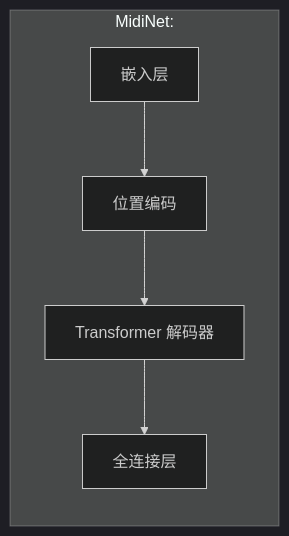
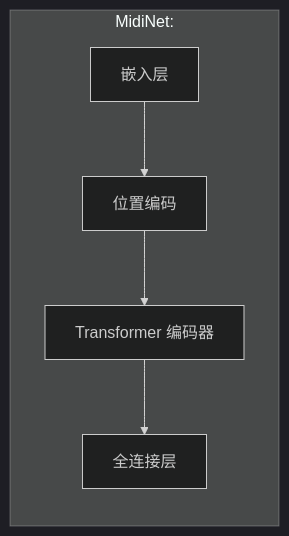
One commit to thiliapr/tkaimidi changed the first of 3 diagrams in README.md. Above: the diagram before and after it, drawn with Mermaid (dark theme). The commit also changed other lines of this file and 1 other file, not shown here.

Commit message:
new model variant & docs

````diff
--- a/README.md
+++ b/README.md
@@ -13,7 +13,7 @@
 ```mermaid
 graph TD
     subgraph MidiNet:
         direction TB
-        Embedding[嵌入层] --> PositionalEncoding[位置编码] --> TransformerDecoder[Transformer 解码器] --> Linear[全连接层]
+        Embedding[嵌入层] --> PositionalEncoding[位置编码] --> TransformerEncoder[Transformer 编码器] --> Linear[全连接层]
     end
 ```
````
